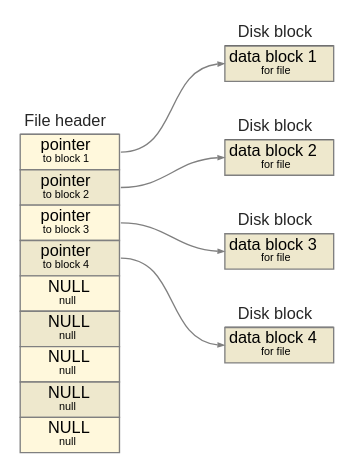
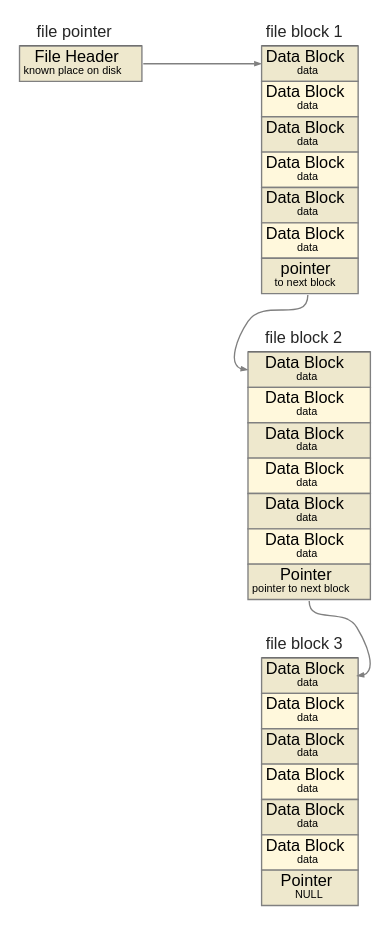
One commit to pitosalas/public-131-samples changed the diagram in memsim/diag3.gv. Above: the diagram before and after it, drawn with Graphviz. The commit also changed 42 other files, not shown here.

```diff
--- a/memsim/diag3.gv
+++ b/memsim/diag3.gv
@@ -1,20 +1,18 @@
 digraph diag3 {
 	graph [fontname=x rankdir=RL ranksep=1.0]
 	node [fontname=Helvetica fontsize=10 height=0.2 margin="0.04 0.04" shape=none width=0.4]
 	edge [arrowsize=0.4]
-	box1:pointer1 -> box2:data1 [color=grey]
-	box1:pointer2 -> box3:data1 [color=grey]
-	box1:pointer3 -> box4:data1 [color=grey]
-	box1:pointer4 -> box5:data1 [color=grey]
+	box1:header -> box2:block1 [color=grey]
+	box2:pointer -> box3:block1 [color=grey]
+	box3:pointer -> box4:block1 [color=grey]
 	subgraph left {
-		box1 [label=<<table border="0.1" cellborder="1" cellspacing="0"><TR><TD sides="b"><font face="helvetica" color="grey15" point-size="12">File header</font></TD></TR><tr><td align="text" color="grey" bgcolor="cornsilk" height="10" width="60" port="pointer1"><font point-size="12">pointer</font><br></br><font point-size="8">to block 1</font></td></tr><tr><td align="text" color="grey" bgcolor="cornsilk2" height="10" width="60" port="pointer2"><font point-size="12">pointer</font><br></br><font point-size="8">to block 2</font></td></tr><tr><td align="text" color="grey" bgcolor="cornsilk" height="10" width="60" port="pointer3"><font point-size="12">pointer</font><br></br><font point-size="8">to block 3</font></td></tr><tr><td align="text" color="grey" bgcolor="cornsilk2" height="10" width="60" port="pointer4"><font point-size="12">pointer</font><br></br><font point-size="8">to block 4</font></td></tr><tr><td align="text" color="grey" bgcolor="cornsilk" height="10" width="60" port="null1"><font point-size="12">NULL</font><br></br><font point-size="8">null</font></td></tr><tr><td align="text" color="grey" bgcolor="cornsilk2" height="10" width="60" port="null2"><font point-size="12">NULL</font><br></br><font point-size="8">null</font></td></tr><tr><td align="text" color="grey" bgcolor="cornsilk" height="10" width="60" port="null3"><font point-size="12">NULL</font><br></br><font point-size="8">null</font></td></tr><tr><td align="text" color="grey" bgcolor="cornsilk2" height="10" width="60" port="null4"><font point-size="12">NULL</font><br></br><font point-size="8">null</font></td></tr><tr><td align="text" color="grey" bgcolor="cornsilk" height="10" width="60" port="null5"><font point-size="12">NULL</font><br></br><font point-size="8">null</font></td></tr></table>>]
+		box1 [label=<<table border="0.1" cellborder="1" cellspacing="0"><TR><TD sides="b"><font face="helvetica" color="grey15" point-size="12">file pointer</font></TD></TR><tr><td align="text" color="grey" bgcolor="cornsilk2" height="10" width="60" port="header"><font point-size="12">File Header</font><br></br><font point-size="8">known place on disk</font></td></tr></table>>]
 		rank=sink
 	}
 	subgraph right {
-		box2 [label=<<table border="0.1" cellborder="1" cellspacing="0"><TR><TD sides="b"><font face="helvetica" color="grey15" point-size="12">Disk block</font></TD></TR><tr><td align="text" color="grey" bgcolor="cornsilk2" height="10" width="60" port="data1"><font point-size="12">data block 1</font><br></br><font point-size="8">for file</font></td></tr></table>>]
-		box3 [label=<<table border="0.1" cellborder="1" cellspacing="0"><TR><TD sides="b"><font face="helvetica" color="grey15" point-size="12">Disk block</font></TD></TR><tr><td align="text" color="grey" bgcolor="cornsilk2" height="10" width="60" port="data1"><font point-size="12">data block 2</font><br></br><font point-size="8">for file</font></td></tr></table>>]
-		box4 [label=<<table border="0.1" cellborder="1" cellspacing="0"><TR><TD sides="b"><font face="helvetica" color="grey15" point-size="12">Disk block</font></TD></TR><tr><td align="text" color="grey" bgcolor="cornsilk2" height="10" width="60" port="data1"><font point-size="12">data block 3</font><br></br><font point-size="8">for file</font></td></tr></table>>]
-		box5 [label=<<table border="0.1" cellborder="1" cellspacing="0"><TR><TD sides="b"><font face="helvetica" color="grey15" point-size="12">Disk block</font></TD></TR><tr><td align="text" color="grey" bgcolor="cornsilk2" height="10" width="60" port="data1"><font point-size="12">data block 4</font><br></br><font point-size="8">for file</font></td></tr></table>>]
+		box2 [label=<<table border="0.1" cellborder="1" cellspacing="0"><TR><TD sides="b"><font face="helvetica" color="grey15" point-size="12">file block 1</font></TD></TR><tr><td align="text" color="grey" bgcolor="cornsilk2" height="10" width="60" port="block1"><font point-size="12">Data Block</font><br></br><font point-size="8">data</font></td></tr><tr><td align="text" color="grey" bgcolor="cornsilk" height="10" width="60" port="block2"><font point-size="12">Data Block</font><br></br><font point-size="8">data</font></td></tr><tr><td align="text" color="grey" bgcolor="cornsilk2" height="10" width="60" port="block3"><font point-size="12">Data Block</font><br></br><font point-size="8">data</font></td></tr><tr><td align="text" color="grey" bgcolor="cornsilk" height="10" width="60" port="block4"><font point-size="12">Data Block</font><br></br><font point-size="8">data</font></td></tr><tr><td align="text" color="grey" bgcolor="cornsilk2" height="10" width="60" port="block5"><font point-size="12">Data Block</font><br></br><font point-size="8">data</font></td></tr><tr><td align="text" color="grey" bgcolor="cornsilk" height="10" width="60" port="block6"><font point-size="12">Data Block</font><br></br><font point-size="8">data</font></td></tr><tr><td align="text" color="grey" bgcolor="cornsilk2" height="10" width="60" port="pointer"><font point-size="12">pointer</font><br></br><font point-size="8">to next block</font></td></tr></table>>]
+		box3 [label=<<table border="0.1" cellborder="1" cellspacing="0"><TR><TD sides="b"><font face="helvetica" color="grey15" point-size="12">file block 2</font></TD></TR><tr><td align="text" color="grey" bgcolor="cornsilk2" height="10" width="60" port="block1"><font point-size="12">Data Block</font><br></br><font point-size="8">data</font></td></tr><tr><td align="text" color="grey" bgcolor="cornsilk" height="10" width="60" port="block2"><font point-size="12">Data Block</font><br></br><font point-size="8">data</font></td></tr><tr><td align="text" color="grey" bgcolor="cornsilk2" height="10" width="60" port="block3"><font point-size="12">Data Block</font><br></br><font point-size="8">data</font></td></tr><tr><td align="text" color="grey" bgcolor="cornsilk" height="10" width="60" port="block4"><font point-size="12">Data Block</font><br></br><font point-size="8">data</font></td></tr><tr><td align="text" color="grey" bgcolor="cornsilk2" height="10" width="60" port="block5"><font point-size="12">Data Block</font><br></br><font point-size="8">data</font></td></tr><tr><td align="text" color="grey" bgcolor="cornsilk" height="10" width="60" port="block6"><font point-size="12">Data Block</font><br></br><font point-size="8">data</font></td></tr><tr><td align="text" color="grey" bgcolor="cornsilk2" height="10" width="60" port="pointer"><font point-size="12">Pointer</font><br></br><font point-size="8">pointer to next block</font></td></tr></table>>]
+		box4 [label=<<table border="0.1" cellborder="1" cellspacing="0"><TR><TD sides="b"><font face="helvetica" color="grey15" point-size="12">file block 3</font></TD></TR><tr><td align="text" color="grey" bgcolor="cornsilk2" height="10" width="60" port="block1"><font point-size="12">Data Block</font><br></br><font point-size="8">data</font></td></tr><tr><td align="text" color="grey" bgcolor="cornsilk" height="10" width="60" port="block2"><font point-size="12">Data Block</font><br></br><font point-size="8">data</font></td></tr><tr><td align="text" color="grey" bgcolor="cornsilk2" height="10" width="60" port="block3"><font point-size="12">Data Block</font><br></br><font point-size="8">data</font></td></tr><tr><td align="text" color="grey" bgcolor="cornsilk" height="10" width="60" port="block4"><font point-size="12">Data Block</font><br></br><font point-size="8">data</font></td></tr><tr><td align="text" color="grey" bgcolor="cornsilk2" height="10" width="60" port="block5"><font point-size="12">Data Block</font><br></br><font point-size="8">data</font></td></tr><tr><td align="text" color="grey" bgcolor="cornsilk" height="10" width="60" port="block6"><font point-size="12">Data Block</font><br></br><font point-size="8">data</font></td></tr><tr><td align="text" color="grey" bgcolor="cornsilk2" height="10" width="60" port="pointer"><font point-size="12">Pointer</font><br></br><font point-size="8">NULL</font></td></tr></table>>]
 		rank=source
 	}
 }
```
